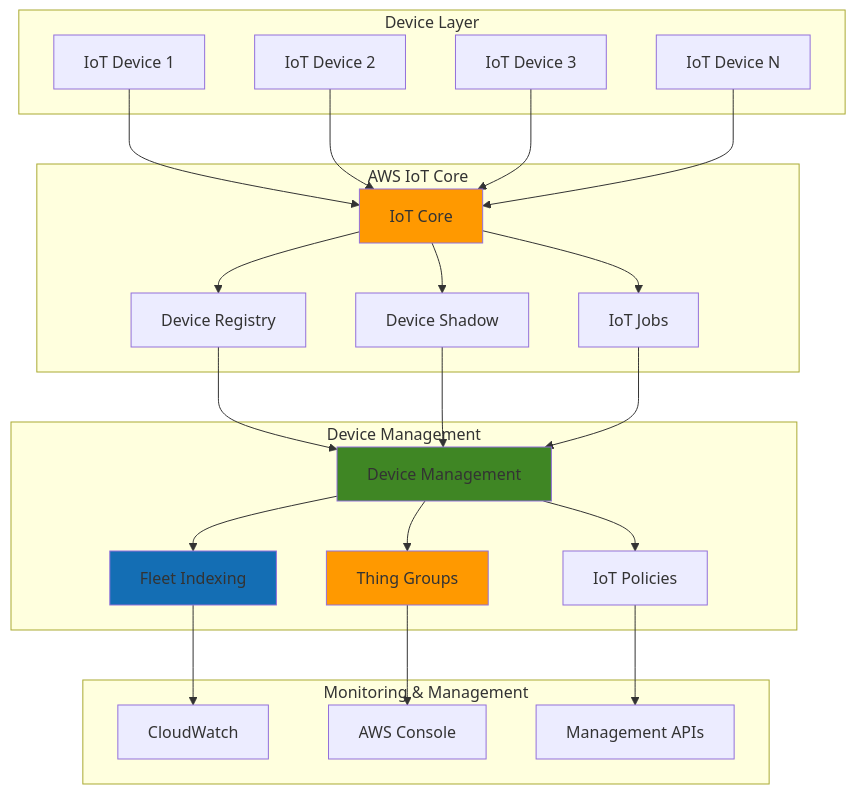
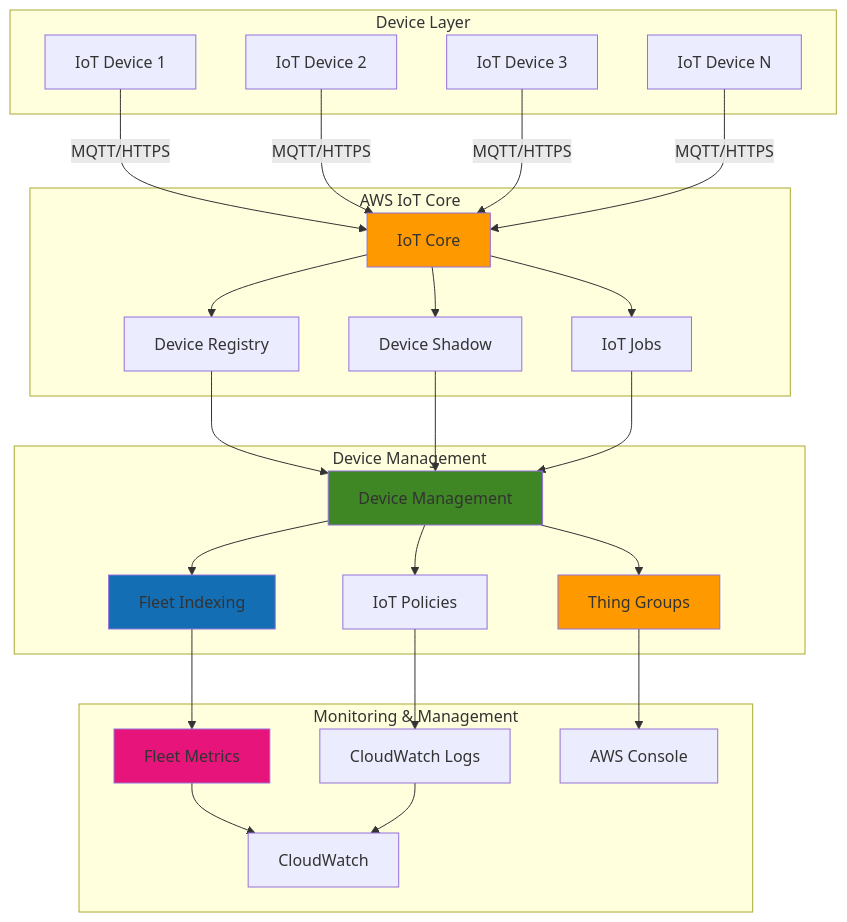
Before and after one commit to mzazon/awesome-cloud-projects: the diagram in aws/iot-device-lifecycle/iot-device-lifecycle.md, drawn with Mermaid. The commit also changed other lines of this file and 5581 other files, not shown here.

````diff
--- a/aws/iot-device-lifecycle/iot-device-lifecycle.md
+++ b/aws/iot-device-lifecycle/iot-device-lifecycle.md
@@ -30,55 +30,59 @@
 ```mermaid
 graph TB
     subgraph "Device Layer"
         D1[IoT Device 1]
         D2[IoT Device 2]
         D3[IoT Device 3]
         D4[IoT Device N]
     end
     
     subgraph "AWS IoT Core"
         CORE[IoT Core]
         REGISTRY[Device Registry]
         SHADOW[Device Shadow]
         JOBS[IoT Jobs]
     end
     
     subgraph "Device Management"
         DM[Device Management]
         FLEET[Fleet Indexing]
         GROUPS[Thing Groups]
         POLICIES[IoT Policies]
     end
     
     subgraph "Monitoring & Management"
         CW[CloudWatch]
+        METRICS[Fleet Metrics]
+        LOGS[CloudWatch Logs]
         CONSOLE[AWS Console]
-        API[Management APIs]
     end
     
-    D1 --> CORE
-    D2 --> CORE
-    D3 --> CORE
-    D4 --> CORE
+    D1 -->|MQTT/HTTPS| CORE
+    D2 -->|MQTT/HTTPS| CORE
+    D3 -->|MQTT/HTTPS| CORE
+    D4 -->|MQTT/HTTPS| CORE
     
     CORE --> REGISTRY
     CORE --> SHADOW
     CORE --> JOBS
     
     REGISTRY --> DM
     SHADOW --> DM
     JOBS --> DM
     
     DM --> FLEET
     DM --> GROUPS
     DM --> POLICIES
     
-    FLEET --> CW
+    FLEET --> METRICS
     GROUPS --> CONSOLE
-    POLICIES --> API
+    POLICIES --> LOGS
+    METRICS --> CW
+    LOGS --> CW
     
     style CORE fill:#FF9900
     style DM fill:#3F8624
     style FLEET fill:#146EB4
     style GROUPS fill:#FF9900
+    style METRICS fill:#E7157B
 ```
````
